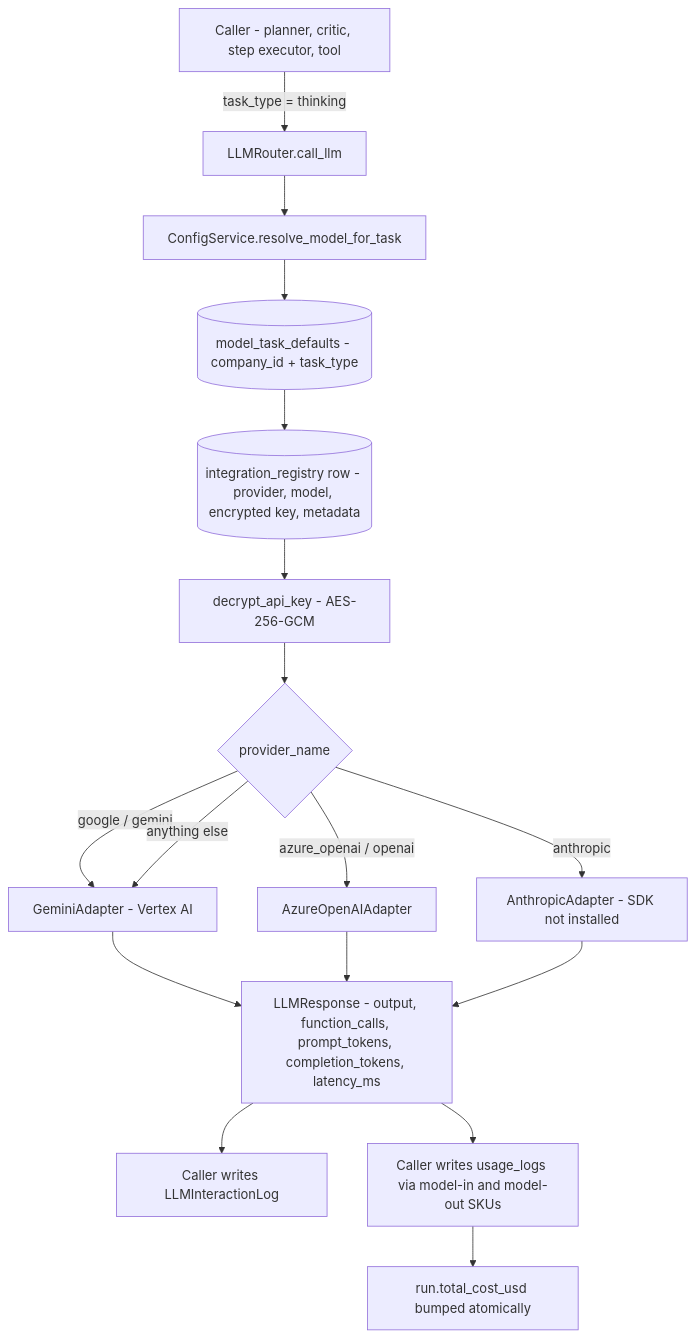
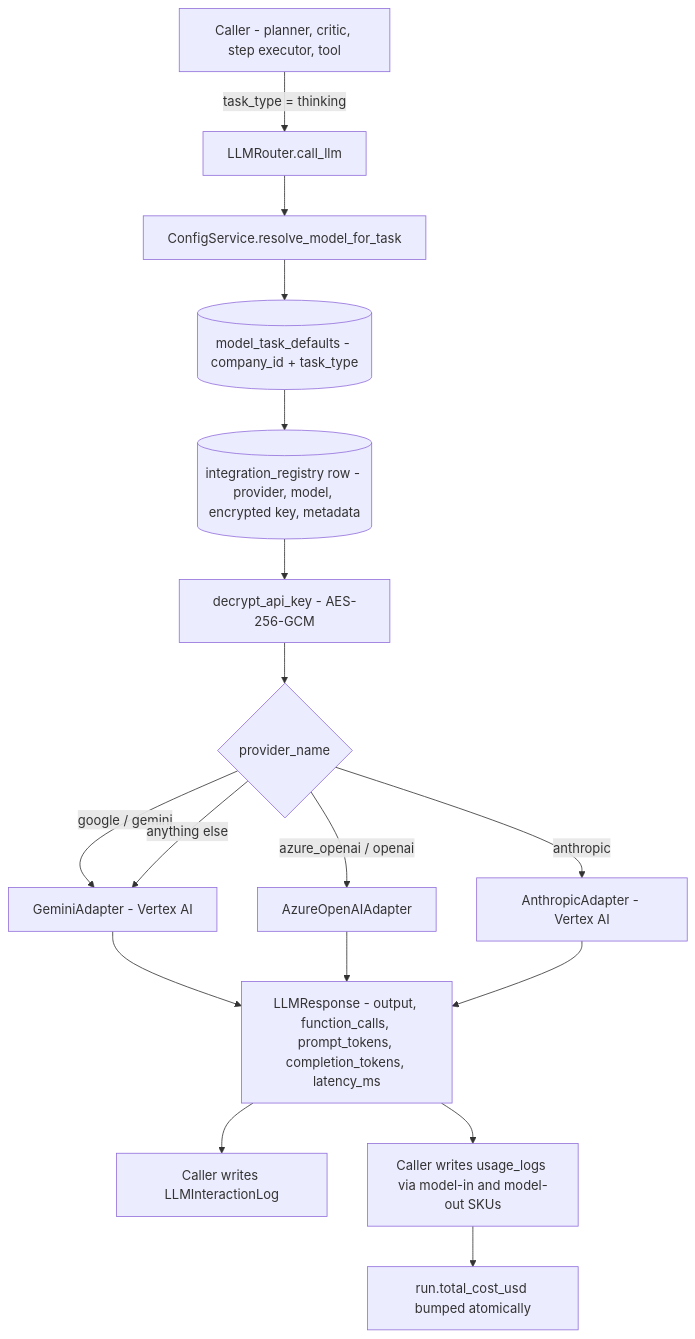
Before and after one commit to gondolerahul/hire-buddha-app: the first of 22 diagrams in docs/current/10-llm-providers.md, drawn with Mermaid. The commit also changed other lines of this file and 4 other files, not shown here.

````diff
--- a/docs/current/10-llm-providers.md
+++ b/docs/current/10-llm-providers.md
@@ -60,19 +60,19 @@
 ```mermaid
 flowchart TD
     A["Caller - planner, critic, step executor, tool"] -->|"task_type = thinking"| B["LLMRouter.call_llm"]
     B --> C["ConfigService.resolve_model_for_task"]
     C --> D[("model_task_defaults - company_id + task_type")]
     D --> E[("integration_registry row - provider, model, encrypted key, metadata")]
     E --> F["decrypt_api_key - AES-256-GCM"]
     F --> G{"provider_name"}
     G -->|google / gemini| H["GeminiAdapter - Vertex AI"]
     G -->|azure_openai / openai| I["AzureOpenAIAdapter"]
-    G -->|anthropic| J["AnthropicAdapter - SDK not installed"]
+    G -->|anthropic| J["AnthropicAdapter - Vertex AI"]
     G -->|anything else| H
     H --> K["LLMResponse - output, function_calls, prompt_tokens, completion_tokens, latency_ms"]
     I --> K
     J --> K
     K --> L["Caller writes LLMInteractionLog"]
     K --> M["Caller writes usage_logs via model-in and model-out SKUs"]
     M --> N["run.total_cost_usd bumped atomically"]
 ```
````
